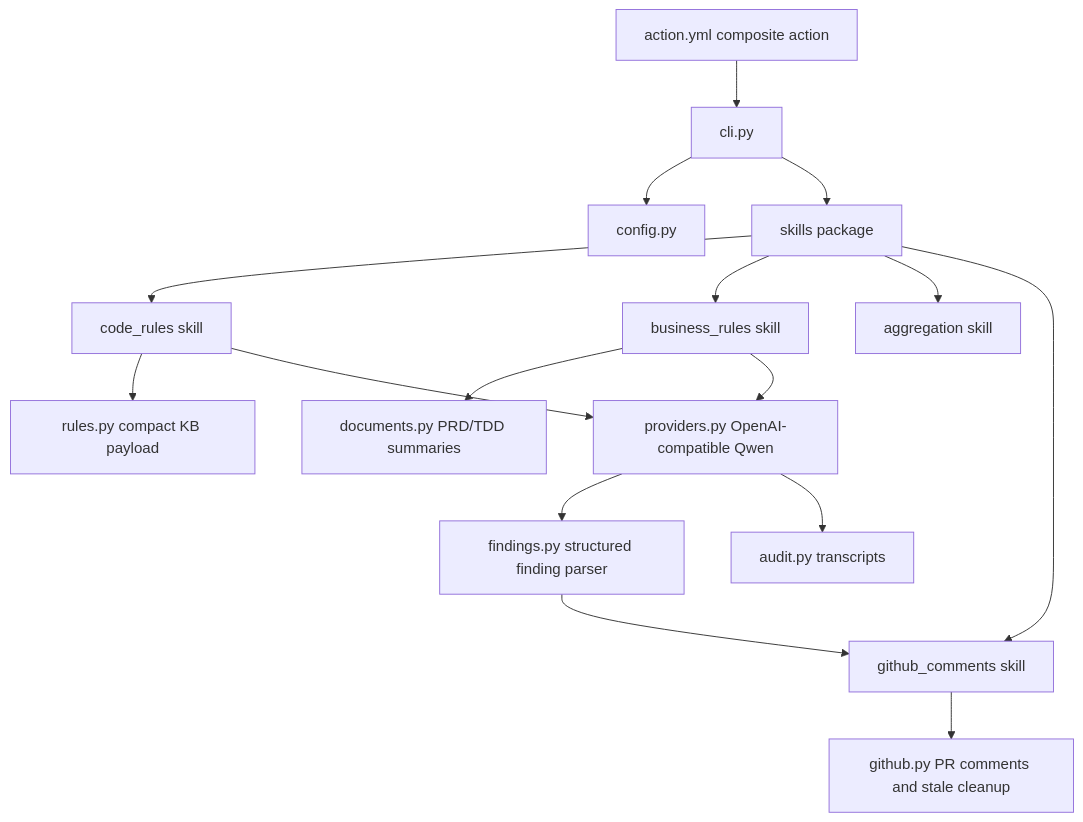
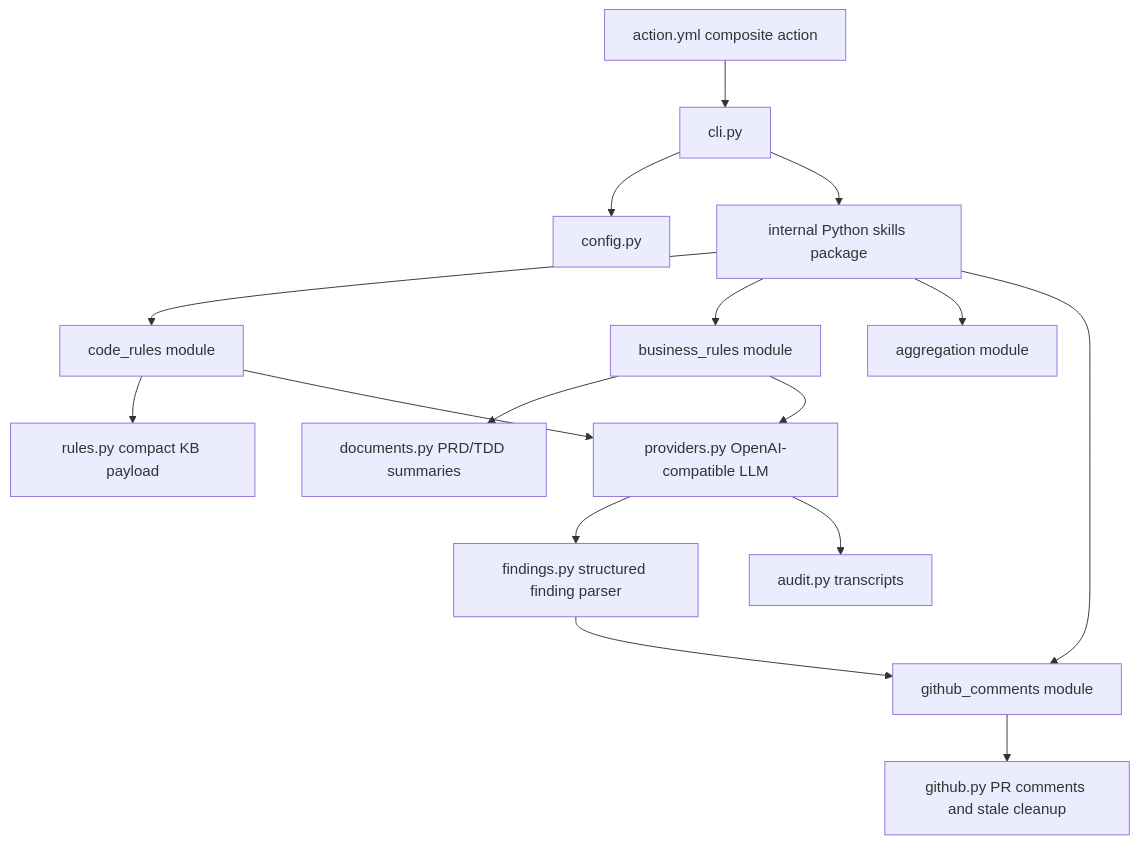
Before and after one commit to laughingkid-sg/code-review-agent: the first of 2 diagrams in README.md, drawn with Mermaid. The commit also changed other lines of this file and 6 other files, not shown here.

Commit message:
feat: add provider-generic review skill

````diff
--- a/README.md
+++ b/README.md
@@ -24,18 +24,18 @@
 ```mermaid
 flowchart TD
   Action[action.yml composite action] --> CLI[cli.py]
   CLI --> Config[config.py]
-  CLI --> Skills[skills package]
-  Skills --> CodeSkill[code_rules skill]
-  Skills --> BizSkill[business_rules skill]
-  Skills --> AggSkill[aggregation skill]
-  Skills --> CommentSkill[github_comments skill]
+  CLI --> Skills[internal Python skills package]
+  Skills --> CodeSkill[code_rules module]
+  Skills --> BizSkill[business_rules module]
+  Skills --> AggSkill[aggregation module]
+  Skills --> CommentSkill[github_comments module]
   CodeSkill --> Rules[rules.py compact KB payload]
   BizSkill --> Docs[documents.py PRD/TDD summaries]
-  CodeSkill --> Provider[providers.py OpenAI-compatible Qwen]
+  CodeSkill --> Provider[providers.py OpenAI-compatible LLM]
   BizSkill --> Provider
   Provider --> Findings[findings.py structured finding parser]
   Findings --> CommentSkill
   CommentSkill --> GitHub[github.py PR comments and stale cleanup]
   Provider --> Audit[audit.py transcripts]
 ```
````
